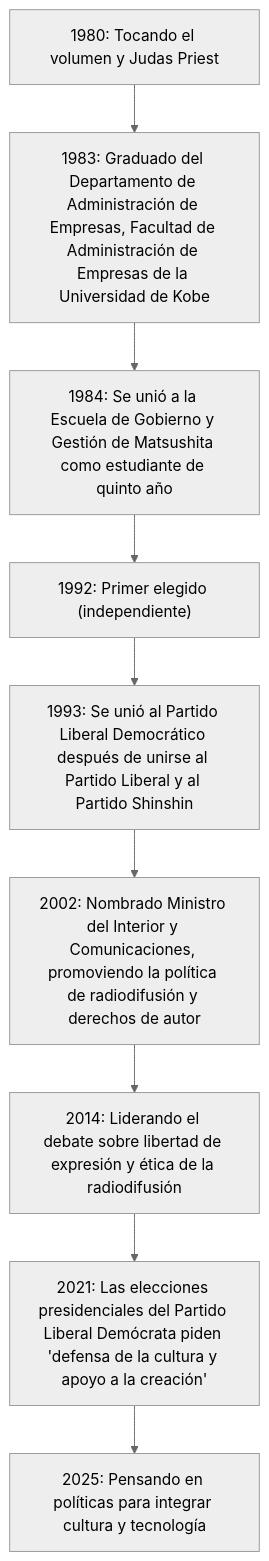
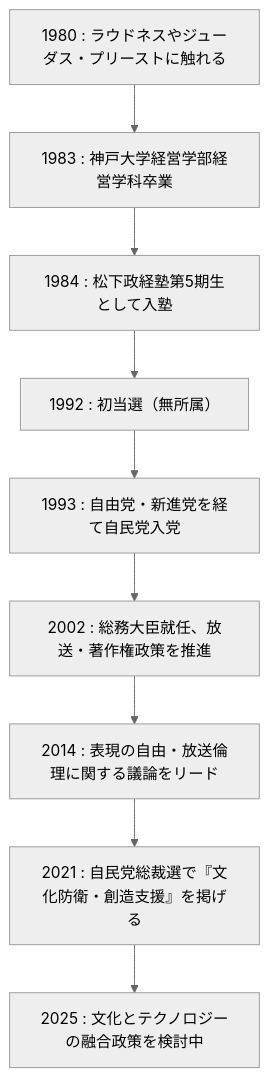
One commit to monumental-movement/monumental-movement.github.io changed the second of 3 diagrams in es/_posts/2025-10-25-column-takaichi-metal.md. Above: the diagram before and after it, drawn with Mermaid (neutral theme). The commit also changed other lines of this file and 299 other files, not shown here.

```diff
--- a/es/_posts/2025-10-25-column-takaichi-metal.md
+++ b/es/_posts/2025-10-25-column-takaichi-metal.md
@@ -132,13 +132,13 @@
 <div class="mermaid">
     
 graph TD
-  A1980["1980: Tocando el volumen y Judas Priest"] --> A1983["1983: Graduado del Departamento de Administración de Empresas, Facultad de Administración de Empresas de la Universidad de Kobe"]
-  A1983 --> A1984["1984: Se unió a la Escuela de Gobierno y Gestión de Matsushita como estudiante de quinto año"]
-  A1984 --> A1992["1992: Primer elegido (independiente)"]
-  A1992 --> A1993["1993: Se unió al Partido Liberal Democrático después de unirse al Partido Liberal y al Partido Shinshin"]
-  A1993 --> A2002["2002: Nombrado Ministro del Interior y Comunicaciones, promoviendo la política de radiodifusión y derechos de autor"]
-  A2002 --> A2014["2014: Liderando el debate sobre libertad de expresión y ética de la radiodifusión"]
-  A2014 --> A2021["2021: Las elecciones presidenciales del Partido Liberal Demócrata piden 'defensa de la cultura y apoyo a la creación'"]
-  A2021 --> A2025["2025: Pensando en políticas para integrar cultura y tecnología"]
+  A1980["1980 : ラウドネスやジューダス・プリーストに触れる"] --> A1983["1983 : 神戸大学経営学部経営学科卒業"]
+  A1983 --> A1984["1984 : 松下政経塾第5期生として入塾"]
+  A1984 --> A1992["1992 : 初当選（無所属）"]
+  A1992 --> A1993["1993 : 自由党・新進党を経て自民党入党"]
+  A1993 --> A2002["2002 : 総務大臣就任、放送・著作権政策を推進"]
+  A2002 --> A2014["2014 : 表現の自由・放送倫理に関する議論をリード"]
+  A2014 --> A2021["2021 : 自民党総裁選で『文化防衛・創造支援』を掲げる"]
+  A2021 --> A2025["2025 : 文化とテクノロジーの融合政策を検討中"]
 
 </div>
```
